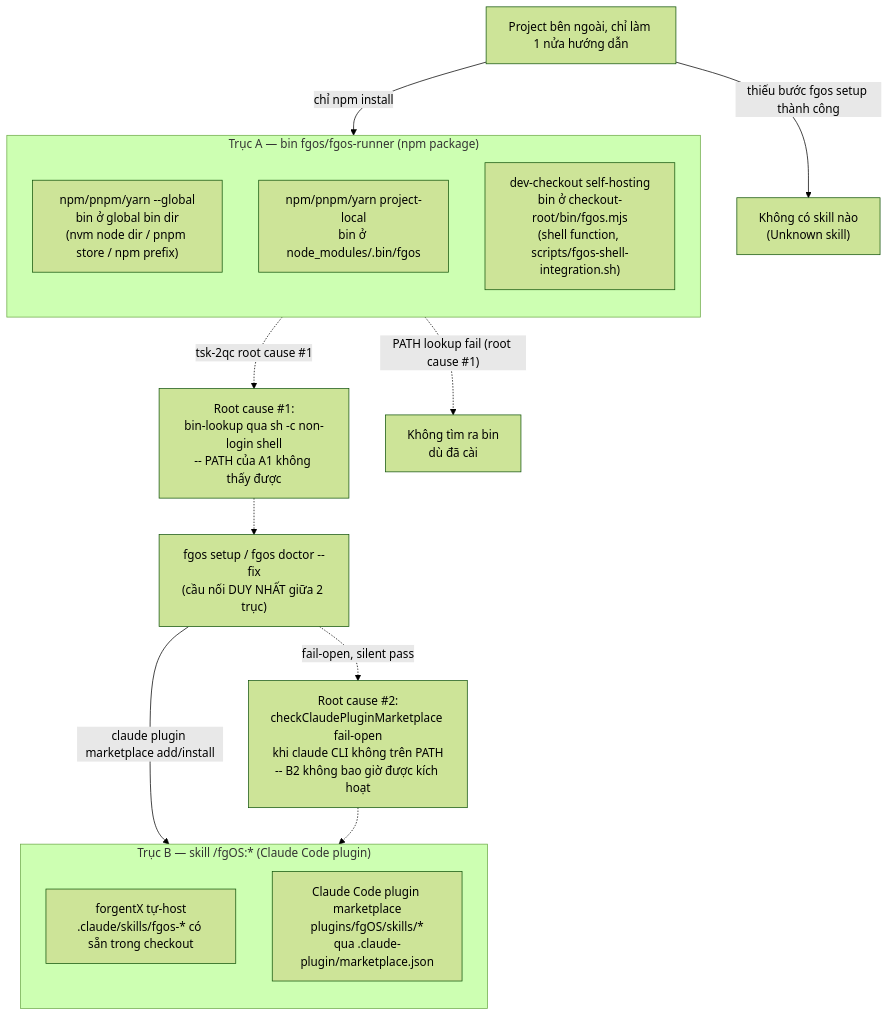
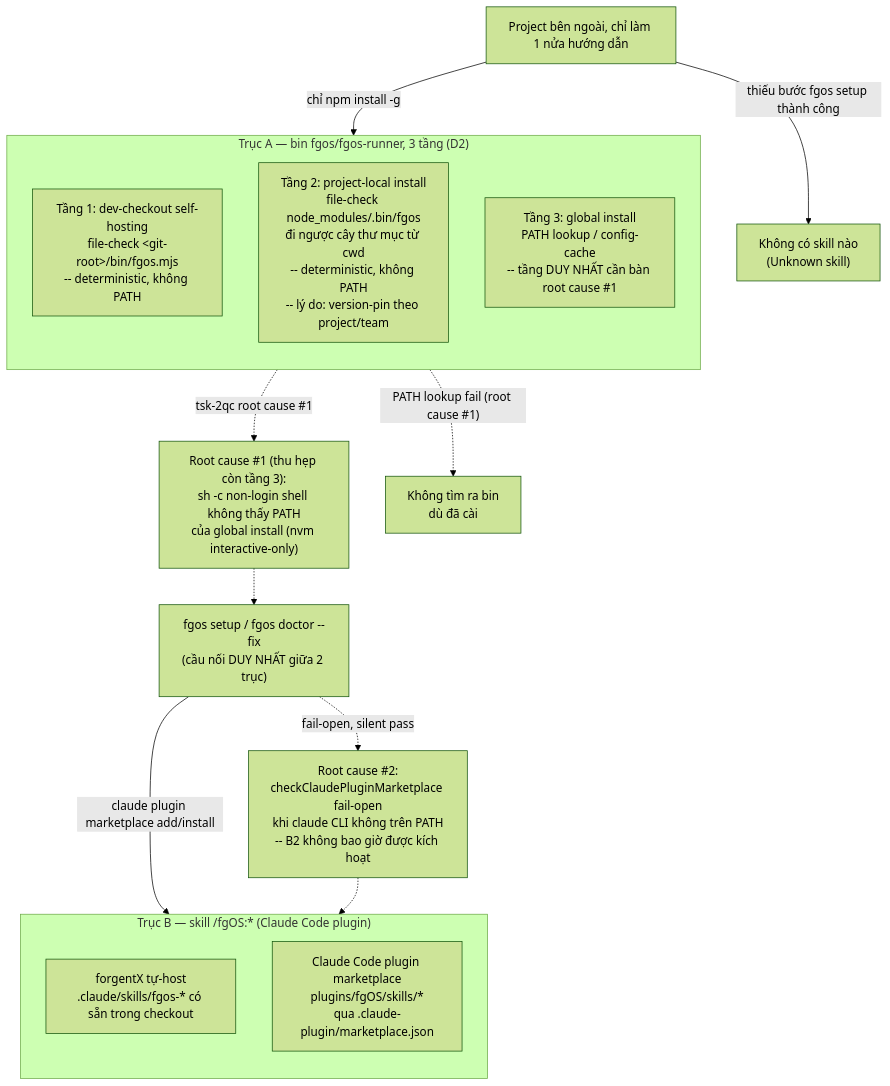
One commit to vantt/forgent changed the diagram in docs/history/install-setup-external-project-reliability/DISCUSSION.md. Above: the diagram before and after it, drawn with Mermaid (forest theme). The commit also changed other lines of this file, not shown here.

Commit message:
docs(tsk-2qc): lock D2 (3-tier bin resolution, project-local for version pinning)

````diff
--- a/docs/history/install-setup-external-project-reliability/DISCUSSION.md
+++ b/docs/history/install-setup-external-project-reliability/DISCUSSION.md
@@ -68,29 +98,29 @@
 ```mermaid
 flowchart TB
-    subgraph BinAxis["Trục A — bin fgos/fgos-runner (npm package)"]
+    subgraph BinAxis["Trục A — bin fgos/fgos-runner, 3 tầng (D2)"]
         direction TB
-        A1["npm/pnpm/yarn --global<br/>bin ở global bin dir<br/>(nvm node dir / pnpm store / npm prefix)"]
-        A2["npm/pnpm/yarn project-local<br/>bin ở node_modules/.bin/fgos"]
-        A3["dev-checkout self-hosting<br/>bin ở checkout-root/bin/fgos.mjs<br/>(shell function, scripts/fgos-shell-integration.sh)"]
+        A1["Tầng 1: dev-checkout self-hosting<br/>file-check &lt;git-root&gt;/bin/fgos.mjs<br/>-- deterministic, không PATH"]
+        A2["Tầng 2: project-local install<br/>file-check node_modules/.bin/fgos<br/>đi ngược cây thư mục từ cwd<br/>-- deterministic, không PATH<br/>-- lý do: version-pin theo project/team"]
+        A3["Tầng 3: global install<br/>PATH lookup / config-cache<br/>-- tầng DUY NHẤT cần bàn root cause #1"]
     end
 
     subgraph SkillAxis["Trục B — skill /fgOS:* (Claude Code plugin)"]
         direction TB
         B1["forgentX tự-host<br/>.claude/skills/fgos-* có sẵn trong checkout"]
         B2["Claude Code plugin marketplace<br/>plugins/fgOS/skills/*<br/>qua .claude-plugin/marketplace.json"]
     end
 
     Bridge["fgos setup / fgos doctor --fix<br/>(cầu nối DUY NHẤT giữa 2 trục)"]
-    RC1["Root cause #1:<br/>bin-lookup qua sh -c non-login shell<br/>-- PATH của A1 không thấy được"]
+    RC1["Root cause #1 (thu hẹp còn tầng 3):<br/>sh -c non-login shell không thấy PATH<br/>của global install (nvm interactive-only)"]
     RC2["Root cause #2:<br/>checkClaudePluginMarketplace fail-open<br/>khi claude CLI không trên PATH<br/>-- B2 không bao giờ được kích hoạt"]
 
-    A1 -.->|"tsk-2qc root cause #1"| RC1
+    A3 -.->|"tsk-2qc root cause #1"| RC1
     RC1 -.-> Bridge
     Bridge -->|"claude plugin marketplace add/install"| B2
     Bridge -.->|"fail-open, silent pass"| RC2
     RC2 -.-> B2
 
-    ProjectNgoai["Project bên ngoài, chỉ làm 1 nửa hướng dẫn"] -->|"chỉ npm install"| A1
+    ProjectNgoai["Project bên ngoài, chỉ làm 1 nửa hướng dẫn"] -->|"chỉ npm install -g"| A3
     ProjectNgoai -->|"thiếu bước fgos setup thành công"| SkillMissing["Không có skill nào<br/>(Unknown skill)"]
-    A1 -.->|"PATH lookup fail (root cause #1)"| BinMissing["Không tìm ra bin<br/>dù đã cài"]
+    A3 -.->|"PATH lookup fail (root cause #1)"| BinMissing["Không tìm ra bin<br/>dù đã cài"]
 ```
````
